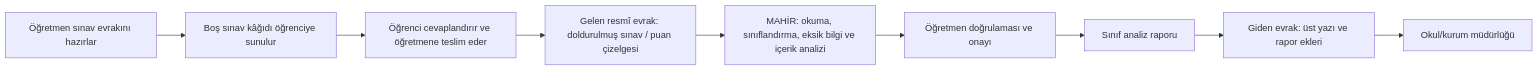
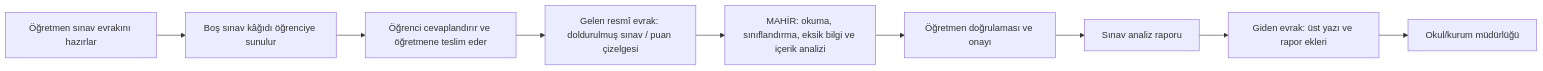
One commit to peykan1071/MAHIR-PROTOTIP-HTML changed the first of 2 diagrams in README.md. Above: the diagram before and after it, drawn with Mermaid. The commit also changed other lines of this file, not shown here.

````diff
--- a/README.md
+++ b/README.md
@@ -61,11 +68,11 @@
 ```mermaid
 flowchart LR
     A["Öğretmen sınav evrakını hazırlar"] --> B["Boş sınav kâğıdı öğrenciye sunulur"]
     B --> C["Öğrenci cevaplandırır ve öğretmene teslim eder"]
     C --> D["Gelen resmî evrak: doldurulmuş sınav / puan çizelgesi"]
     D --> E["MAHİR: okuma, sınıflandırma, eksik bilgi ve içerik analizi"]
     E --> F["Öğretmen doğrulaması ve onayı"]
-    F --> G["Sınıf analiz raporu"]
+    F --> G["Sınav analiz raporu"]
     G --> H["Giden evrak: üst yazı ve rapor ekleri"]
     H --> I["Okul/kurum müdürlüğü"]
 ```
````
